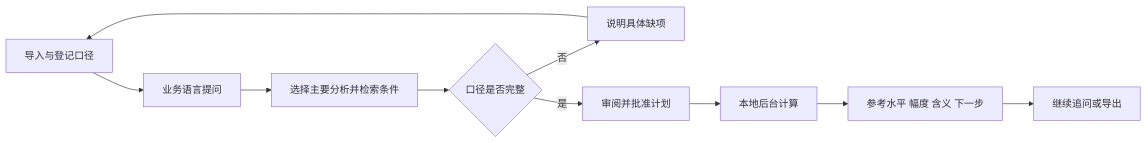
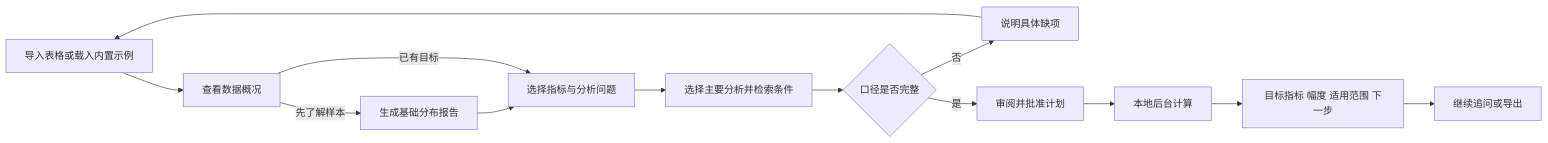
One commit to JiamWei624/CausalOps changed the diagram in docs/diagrams/task-workflow-current.mmd. Above: the diagram before and after it, drawn with Mermaid. The commit also changed 9 other files, not shown here.

Commit message:
Align public preview diagrams and homepage with CausalOps 0.16.0

```diff
--- a/docs/diagrams/task-workflow-current.mmd
+++ b/docs/diagrams/task-workflow-current.mmd
@@ -1,10 +1,13 @@
 flowchart LR
-  A[导入与登记口径] --> B[业务语言提问]
+  A[导入表格或载入内置示例] --> Profile[查看数据概况]
+  Profile -->|先了解样本| Summary[生成基础分布报告]
+  Summary --> B[选择指标与分析问题]
+  Profile -->|已有目标| B
   B --> C[选择主要分析并检索条件]
   C --> D{口径是否完整}
   D -->|否| E[说明具体缺项]
   E --> A
   D -->|是| F[审阅并批准计划]
   F --> G[本地后台计算]
-  G --> H[参考水平 幅度 含义 下一步]
+  G --> H[目标指标 幅度 适用范围 下一步]
   H --> I[继续追问或导出]
```
